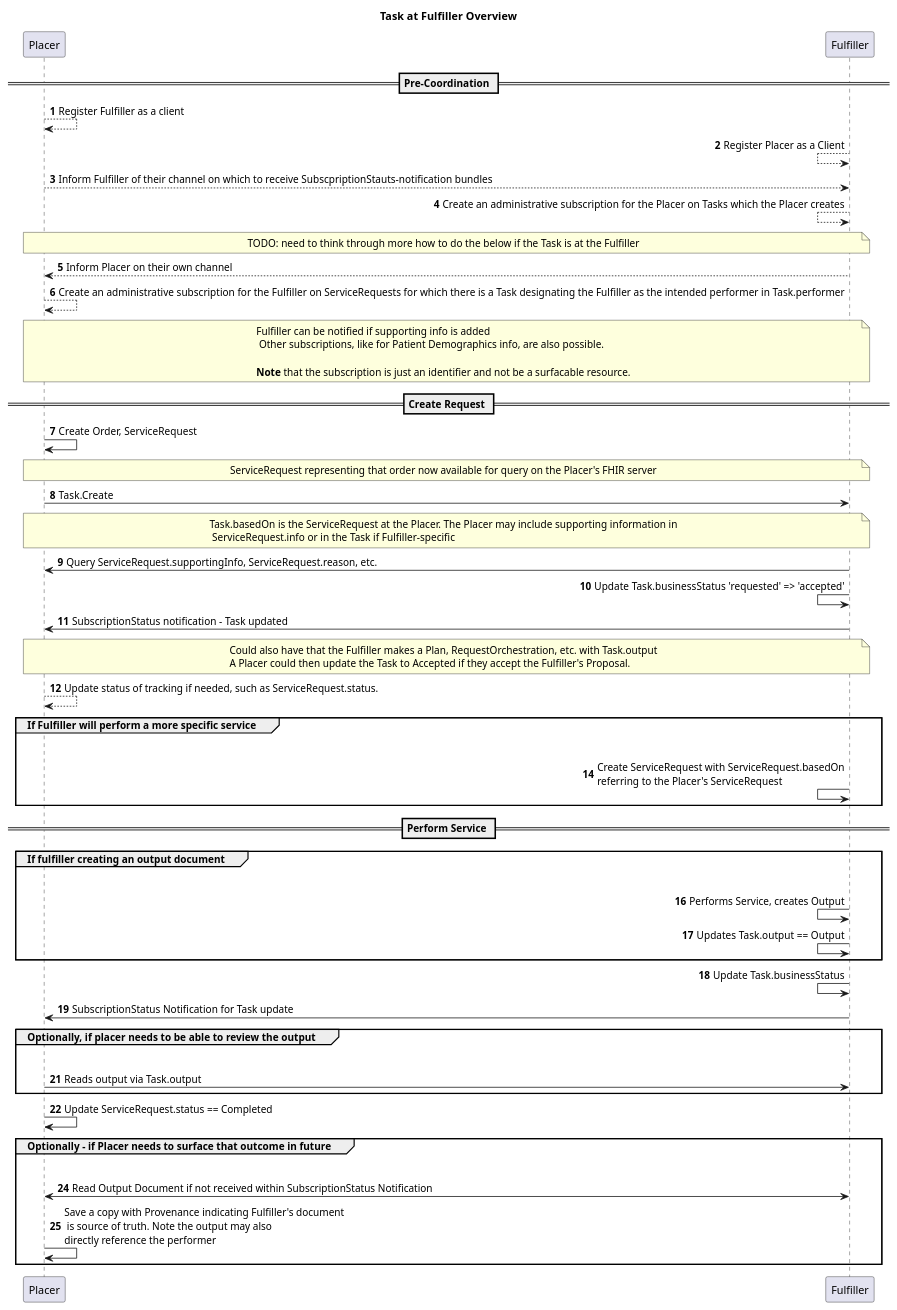
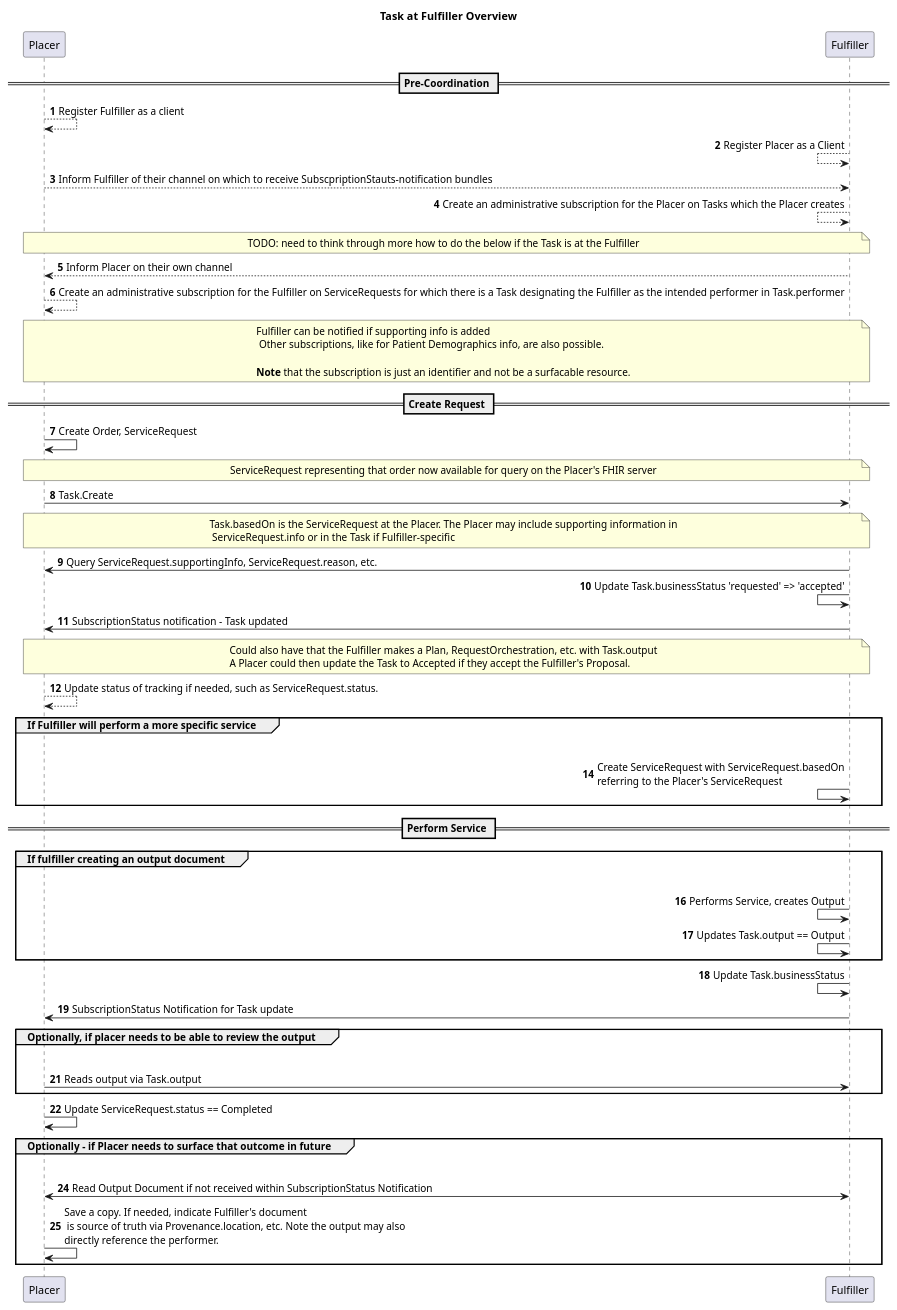
The diagram in input/images-source/subscriptions-general-example-task-at-fulfiller.plantuml (HL7/fhir-cow-ig), drawn with PlantUML before and after one commit. The commit also changed 1 other file, not shown here.

Commit message:
Updated diagrams

```diff
--- a/input/images-source/subscriptions-general-example-task-at-fulfiller.plantuml
+++ b/input/images-source/subscriptions-general-example-task-at-fulfiller.plantuml
@@ -1,73 +1,73 @@
 @startuml
 title Task at Fulfiller Overview
 
 autonumber
 
 == Pre-Coordination ==
 
 Placer --> Placer: Register Fulfiller as a client
 
 Fulfiller <-- Fulfiller: Register Placer as a Client
 
 Placer --> Fulfiller: Inform Fulfiller of their channel on which to receive SubscpriptionStauts-notification bundles
 
 Fulfiller <-- Fulfiller: Create an administrative subscription for the Placer on Tasks which the Placer creates 
 
 note over Placer, Fulfiller: TODO: need to think through more how to do the below if the Task is at the Fulfiller
 Fulfiller --> Placer: Inform Placer on their own channel
 
 Placer --> Placer: Create an administrative subscription for the Fulfiller on ServiceRequests for which there is a Task designating the Fulfiller as the intended performer in Task.performer
 
 note over Placer, Fulfiller: Fulfiller can be notified if supporting info is added\n Other subscriptions, like for Patient Demographics info, are also possible.\n\n**Note** that the subscription is just an identifier and not be a surfacable resource.
 
 
 == Create Request ==
 Placer -> Placer: Create Order, ServiceRequest
 
 note over Placer, Fulfiller: ServiceRequest representing that order now available for query on the Placer's FHIR server
 
 Placer -> Fulfiller: Task.Create
 
 note over Placer, Fulfiller: Task.basedOn is the ServiceRequest at the Placer. The Placer may include supporting information in\n ServiceRequest.info or in the Task if Fulfiller-specific
 
 Fulfiller -> Placer: Query ServiceRequest.supportingInfo, ServiceRequest.reason, etc.
 
 Fulfiller <- Fulfiller: Update Task.businessStatus 'requested' => 'accepted'
 
 Fulfiller -> Placer: SubscriptionStatus notification - Task updated
 
 note over Placer, Fulfiller: Could also have that the Fulfiller makes a Plan, RequestOrchestration, etc. with Task.output\nA Placer could then update the Task to Accepted if they accept the Fulfiller's Proposal.
 
 Placer --> Placer: Update status of tracking if needed, such as ServiceRequest.status. 
 
 group If Fulfiller will perform a more specific service
     Fulfiller -[hidden]> Placer:
     Fulfiller <- Fulfiller: Create ServiceRequest with ServiceRequest.basedOn\nreferring to the Placer's ServiceRequest
 end
 
 == Perform Service ==
 
 group If fulfiller creating an output document
     Fulfiller -[hidden]> Placer:
     Fulfiller <- Fulfiller: Performs Service, creates Output
     Fulfiller <- Fulfiller: Updates Task.output == Output
 end
 
 Fulfiller <- Fulfiller: Update Task.businessStatus
 
 Fulfiller -> Placer: SubscriptionStatus Notification for Task update
 
 group Optionally, if placer needs to be able to review the output
     Fulfiller -[hidden]> Placer:
     Placer -> Fulfiller: Reads output via Task.output
 end
 
 Placer -> Placer: Update ServiceRequest.status == Completed
 
 group Optionally - if Placer needs to surface that outcome in future
     Fulfiller -[hidden]> Placer:
     Placer <-> Fulfiller: Read Output Document if not received within SubscriptionStatus Notification
-    Placer -> Placer: Save a copy with Provenance indicating Fulfiller's document\n is source of truth. Note the output may also\ndirectly reference the performer
+    Placer -> Placer: Save a copy. If needed, indicate Fulfiller's document\n is source of truth via Provenance.location, etc. Note the output may also\ndirectly reference the performer.
    
 end
 @enduml
```
